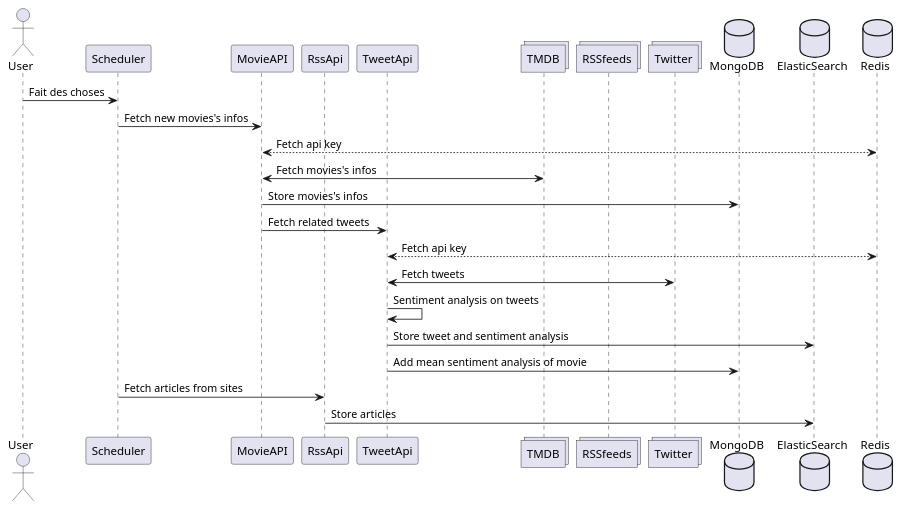
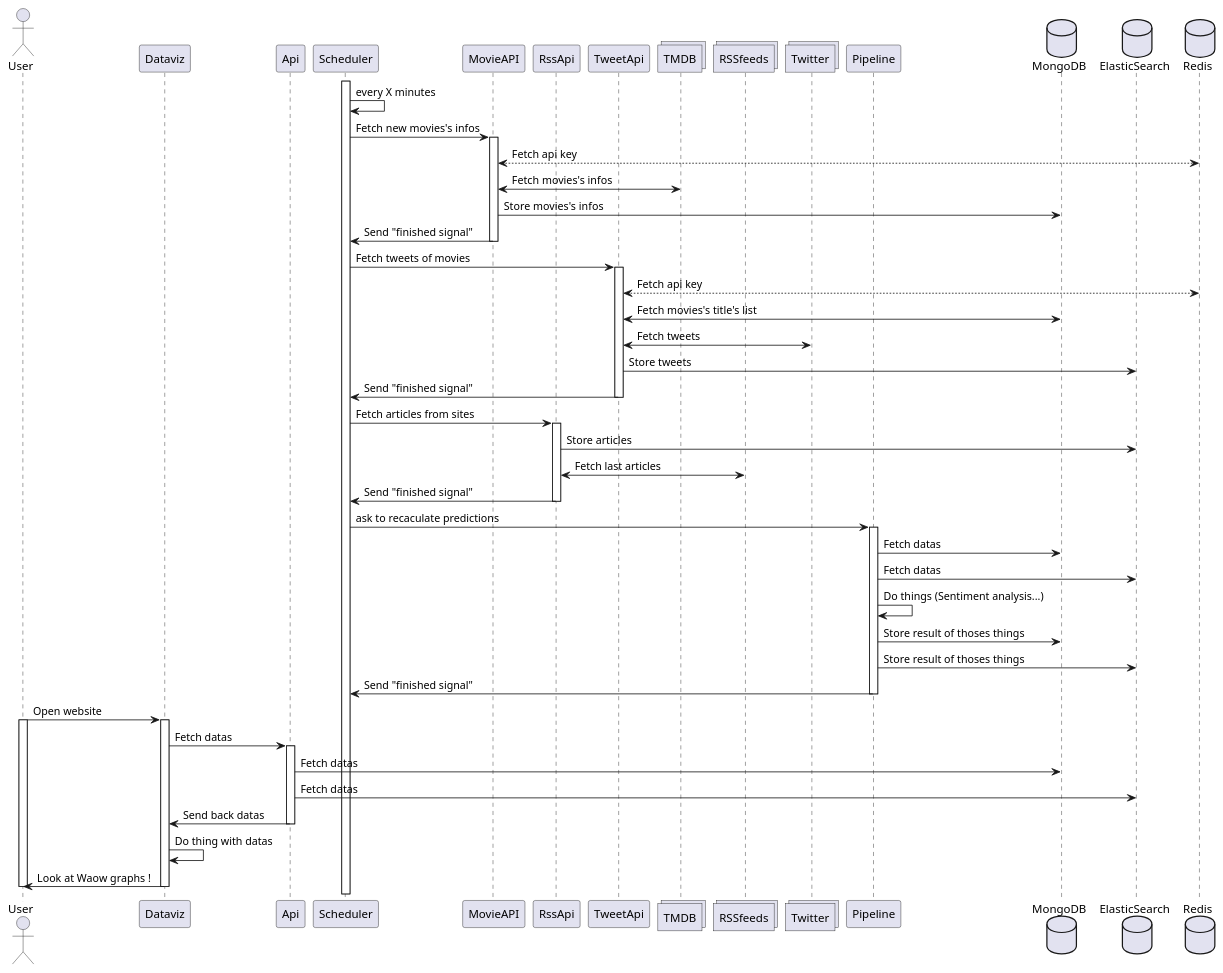
The diagram in DevOps/DiagramSequence.pu (ArchYnov/ArchYnov), drawn with PlantUML before and after one commit.

Commit message:
[edit] V1 diagramme de sequence

```diff
--- a/DevOps/DiagramSequence.pu
+++ b/DevOps/DiagramSequence.pu
@@ -1,33 +1,69 @@
 @startuml diagram
-    ' USERS
-    actor       User          as user
-    ' SCRIPTS
-    participant Scheduler     as schedule
-    participant MovieAPI      as movieAPI
-    participant RssApi        as rssApi
-    participant TweetApi      as tweetApi
-    ' SOURCES
-    collections TMDB          as tmdb
-    collections RSSfeeds      as rssFeeds
-    collections Twitter       as twitter
-    ' DATABASES
-    database    MongoDB       as mongodb
-    database    ElasticSearch as elasticsearch
-    database    Redis         as redis
-
-
-    ' ACTIONS
-    user        ->      schedule        : Fait des choses
-    schedule    ->      movieAPI        : Fetch new movies's infos
-    movieAPI    <-->    redis           : Fetch api key
-    movieAPI    <->     tmdb            : Fetch movies's infos
-    movieAPI    ->      mongodb         : Store movies's infos
-    movieAPI    ->      tweetApi        : Fetch related tweets
-    tweetApi    <-->    redis           : Fetch api key
-    tweetApi    <->     twitter         : Fetch tweets
-    tweetApi    ->      tweetApi        : Sentiment analysis on tweets
-    tweetApi    ->      elasticsearch   : Store tweet and sentiment analysis
-    tweetApi    ->      mongodb         : Add mean sentiment analysis of movie
-    schedule    ->      rssApi          : Fetch articles from sites
-    rssApi      ->      elasticsearch   : Store articles
+' USERS
+actor       User          as user
+' DATAVIZ
+participant Dataviz       as dataviz 
+' API
+participant Api           as api
+' SCRIPTS
+participant Scheduler     as schedule
+participant MovieAPI      as movieAPI
+participant RssApi        as rssApi
+participant TweetApi      as tweetApi
+' SOURCES
+collections TMDB          as tmdb
+collections RSSfeeds      as rssFeeds
+collections Twitter       as twitter
+' ML
+participant Pipeline      as pipeline
+' DATABASES
+database    MongoDB       as mongodb
+database    ElasticSearch as elasticsearch
+database    Redis         as redis
+' ACTIONS
+activate schedule
+schedule ->   schedule      : every X minutes 
+schedule ->   movieAPI      : Fetch new movies's infos
+activate movieAPI
+movieAPI <--> redis         : Fetch api key
+movieAPI <->  tmdb          : Fetch movies's infos
+movieAPI ->   mongodb       : Store movies's infos
+schedule <-   movieAPI      : Send "finished signal"
+deactivate movieAPI
+schedule ->   tweetApi      : Fetch tweets of movies
+activate tweetApi
+tweetApi <--> redis         : Fetch api key
+tweetApi <->  mongodb       : Fetch movies's title's list 
+tweetApi <->  twitter       : Fetch tweets
+tweetApi ->   elasticsearch : Store tweets
+schedule <-   tweetApi      : Send "finished signal"
+deactivate tweetApi
+schedule ->   rssApi        : Fetch articles from sites
+activate rssApi
+rssApi   ->   elasticsearch : Store articles
+rssApi   <->  rssFeeds      : Fetch last articles
+rssApi   ->   schedule      : Send "finished signal"
+deactivate rssApi
+schedule ->   pipeline      : ask to recaculate predictions
+activate pipeline
+pipeline ->   mongodb       : Fetch datas
+pipeline ->   elasticsearch : Fetch datas
+pipeline ->   pipeline      : Do things (Sentiment analysis...)
+pipeline ->   mongodb       : Store result of thoses things
+pipeline ->   elasticsearch : Store result of thoses things
+schedule <-   pipeline      : Send "finished signal"
+deactivate pipeline
+user    ->    dataviz       : Open website
+activate user
+activate dataviz
+dataviz ->    api           : Fetch datas
+activate api
+api     ->    mongodb       : Fetch datas
+api     ->    elasticsearch : Fetch datas
+api     ->    dataviz       : Send back datas
+deactivate api
+dataviz ->    dataviz       : Do thing with datas
+dataviz ->    user          : Look at Waow graphs !
+deactivate dataviz
+deactivate user 
 @enduml
```
